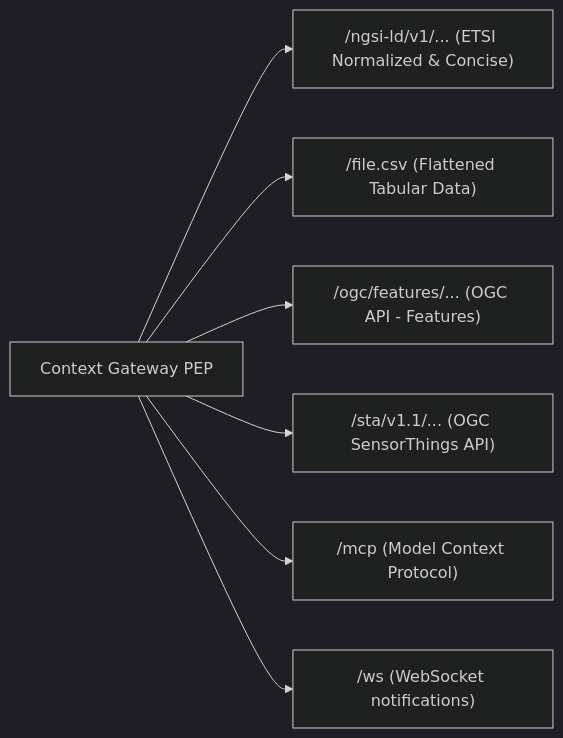
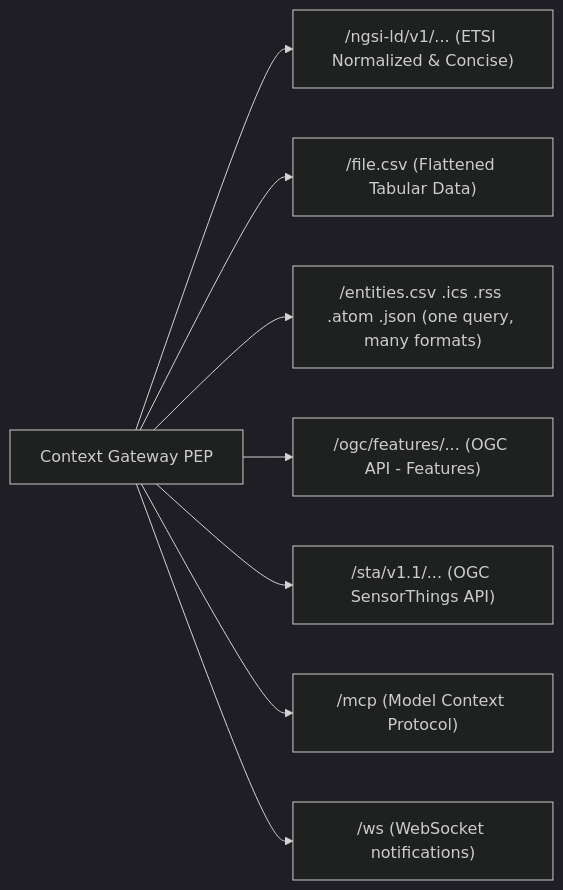
One commit to marek-mraz-jc/joinedcontext changed the diagram in crates/portal/public-docs/API/02-endpoint-representations.md. Above: the diagram before and after it, drawn with Mermaid (dark theme). The commit also changed other lines of this file and 14 other files, not shown here.

````diff
--- a/crates/portal/public-docs/API/02-endpoint-representations.md
+++ b/crates/portal/public-docs/API/02-endpoint-representations.md
@@ -19,11 +19,12 @@
 ```mermaid
 flowchart LR
     GW["Context Gateway PEP"]
     
     GW --> R1["/ngsi-ld/v1/... (ETSI Normalized & Concise)"]
     GW --> R3["/file.csv (Flattened Tabular Data)"]
+    GW --> R4["/entities.csv .ics .rss .atom .json (one query, many formats)"]
     GW --> R5["/ogc/features/... (OGC API - Features)"]
     GW --> R6["/sta/v1.1/... (OGC SensorThings API)"]
     GW --> R7["/mcp (Model Context Protocol)"]
     GW --> R8["/ws (WebSocket notifications)"]
 ```
````
